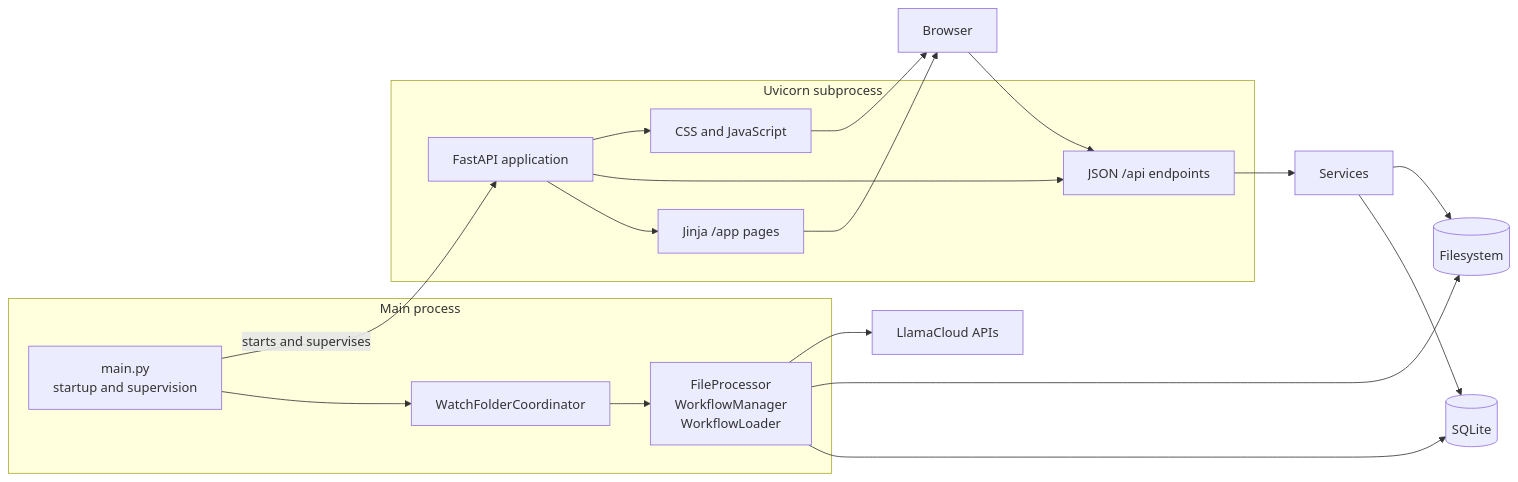
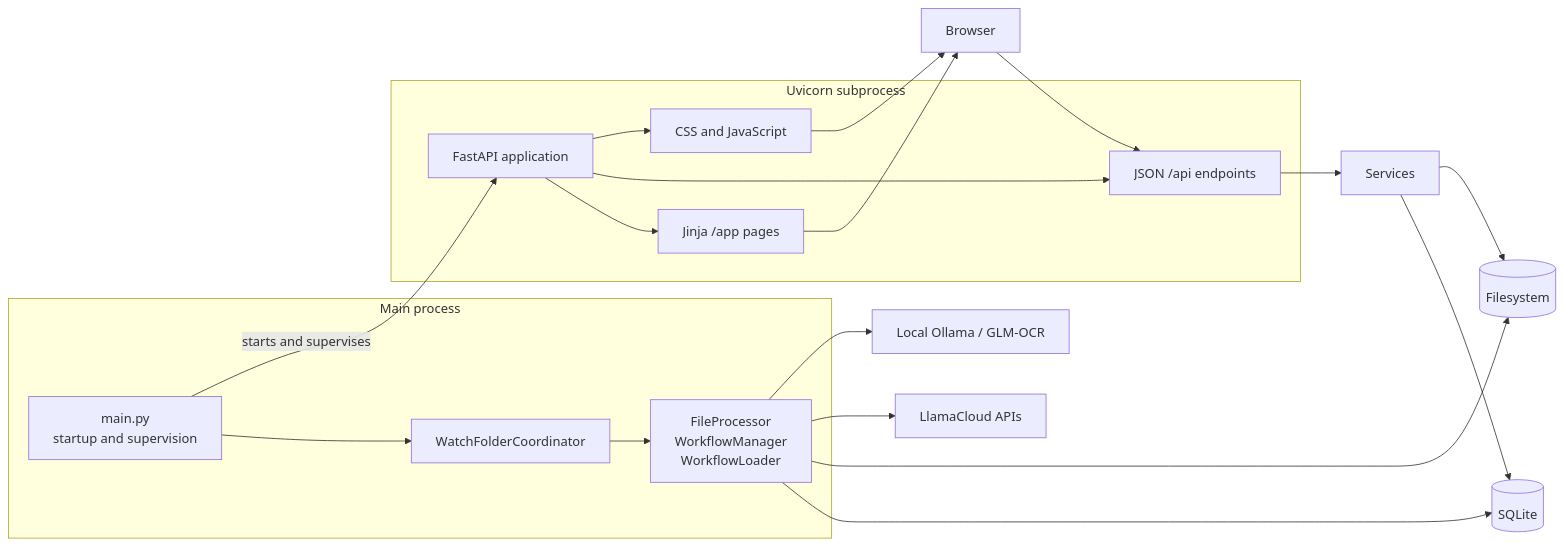
The first of 5 diagrams in docs/design_architecture.md (bpsong/pdfdoc_extraction), drawn with Mermaid before and after one commit. The commit also changed other lines of this file and 18 other files, not shown here.

Commit message:
glm-ocr task phase 10 and final completion

````diff
--- a/docs/design_architecture.md
+++ b/docs/design_architecture.md
@@ -64,29 +64,30 @@
 ```mermaid
 flowchart LR
     subgraph Parent["Main process"]
         Main["main.py<br/>startup and supervision"]
         Watch["WatchFolderCoordinator"]
         Runner["FileProcessor<br/>WorkflowManager<br/>WorkflowLoader"]
         Main --> Watch --> Runner
     end
 
     subgraph Web["Uvicorn subprocess"]
         App["FastAPI application"]
         Pages["Jinja /app pages"]
         APIs["JSON /api endpoints"]
         Assets["CSS and JavaScript"]
         App --> Pages
         App --> APIs
         App --> Assets
     end
 
     Main -->|starts and supervises| App
     Runner --> DB[(SQLite)]
     APIs --> Services["Services"] --> DB
     Runner --> Files[(Filesystem)]
     Services --> Files
-    Runner --> Provider["LlamaCloud APIs"]
+    Runner --> CloudProvider["LlamaCloud APIs"]
+    Runner --> LocalProvider["Local Ollama / GLM-OCR"]
     Pages --> Browser["Browser"]
     Assets --> Browser
     Browser --> APIs
 ```
````
